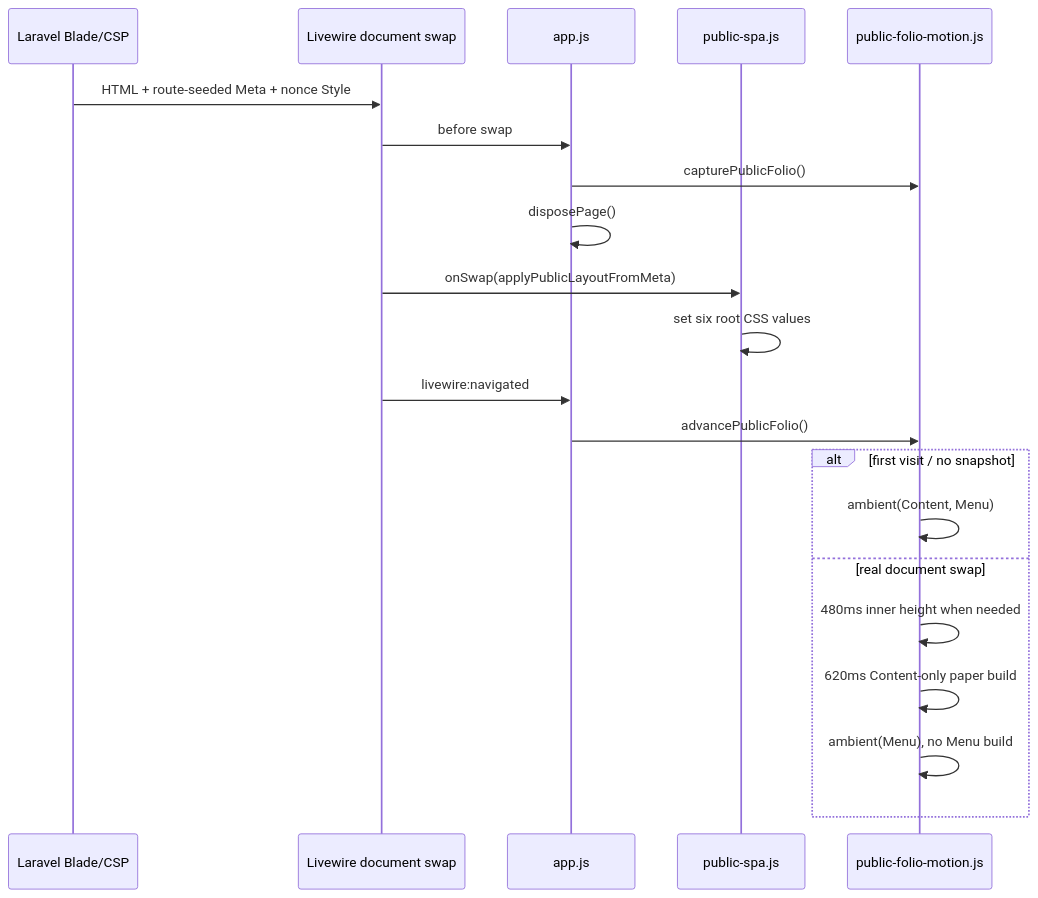
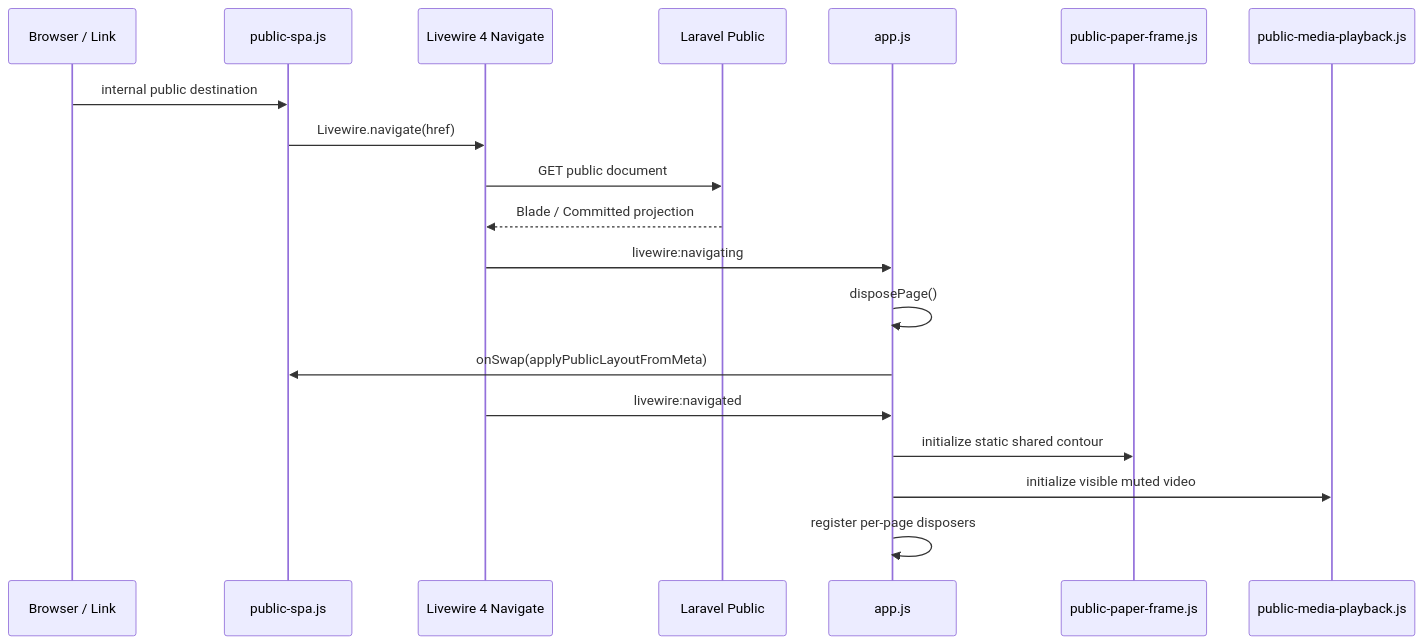
The diagram in docs/architecture/public-spa-lifecycle.md (Wiiii90/moeller-lars), drawn with Mermaid before and after one commit. The commit also changed other lines of this file and 4 other files, not shown here.

````diff
--- a/docs/architecture/public-spa-lifecycle.md
+++ b/docs/architecture/public-spa-lifecycle.md
@@ -94,23 +11,22 @@
 ```mermaid
 sequenceDiagram
-    participant S as Laravel Blade/CSP
-    participant L as Livewire document swap
-    participant A as app.js
-    participant P as public-spa.js
-    participant F as public-folio-motion.js
-    S->>L: HTML + route-seeded Meta + nonce Style
-    L->>A: before swap
-    A->>F: capturePublicFolio()
-    A->>A: disposePage()
-    L->>P: onSwap(applyPublicLayoutFromMeta)
-    P->>P: set six root CSS values
-    L->>A: livewire:navigated
-    A->>F: advancePublicFolio()
-    alt first visit / no snapshot
-        F->>F: ambient(Content, Menu)
-    else real document swap
-        F->>F: 480ms inner height when needed
-        F->>F: 620ms Content-only paper build
-        F->>F: ambient(Menu), no Menu build
-    end
+    participant User as Browser / Link
+    participant Spa as public-spa.js
+    participant Livewire as Livewire 4 Navigate
+    participant Server as Laravel Public
+    participant App as app.js
+    participant Frame as public-paper-frame.js
+    participant Video as public-media-playback.js
+
+    User->>Spa: internal public destination
+    Spa->>Livewire: Livewire.navigate(href)
+    Livewire->>Server: GET public document
+    Server-->>Livewire: Blade / Committed projection
+    Livewire->>App: livewire:navigating
+    App->>App: disposePage()
+    App->>Spa: onSwap(applyPublicLayoutFromMeta)
+    Livewire->>App: livewire:navigated
+    App->>Frame: initialize static shared contour
+    App->>Video: initialize visible muted video
+    App->>App: register per-page disposers
 ```
````
